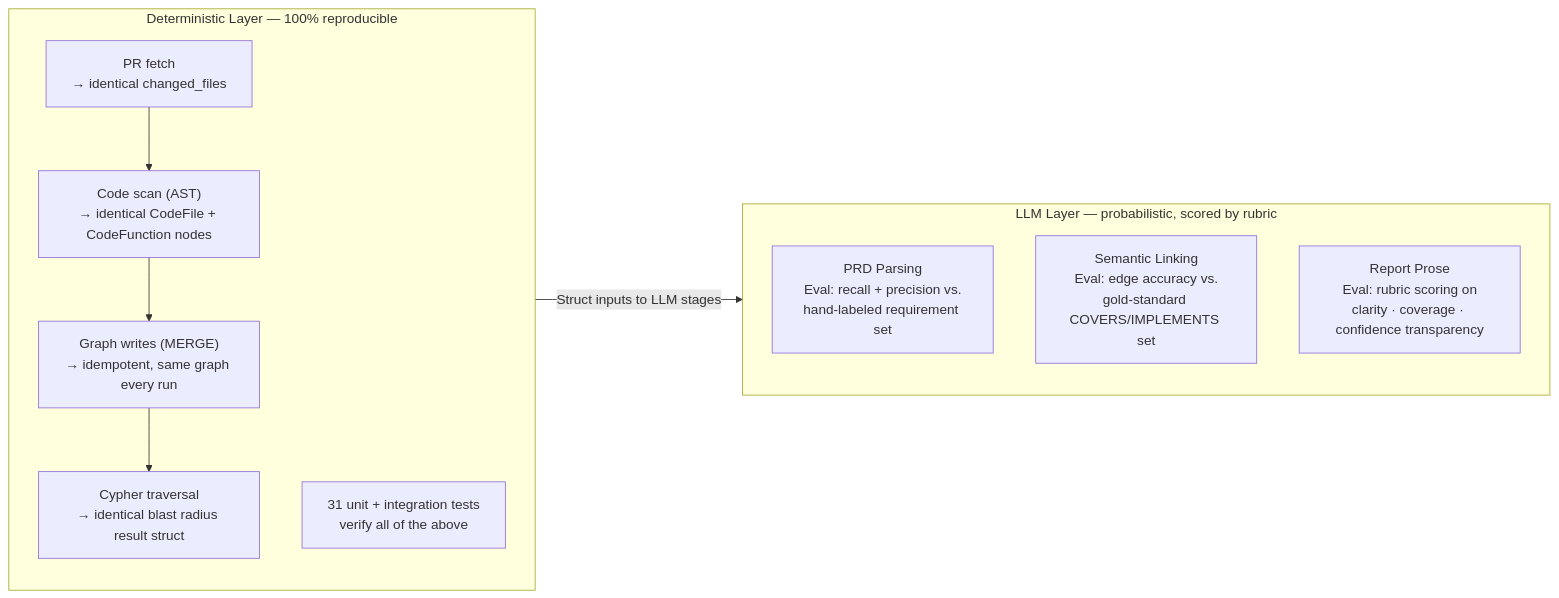
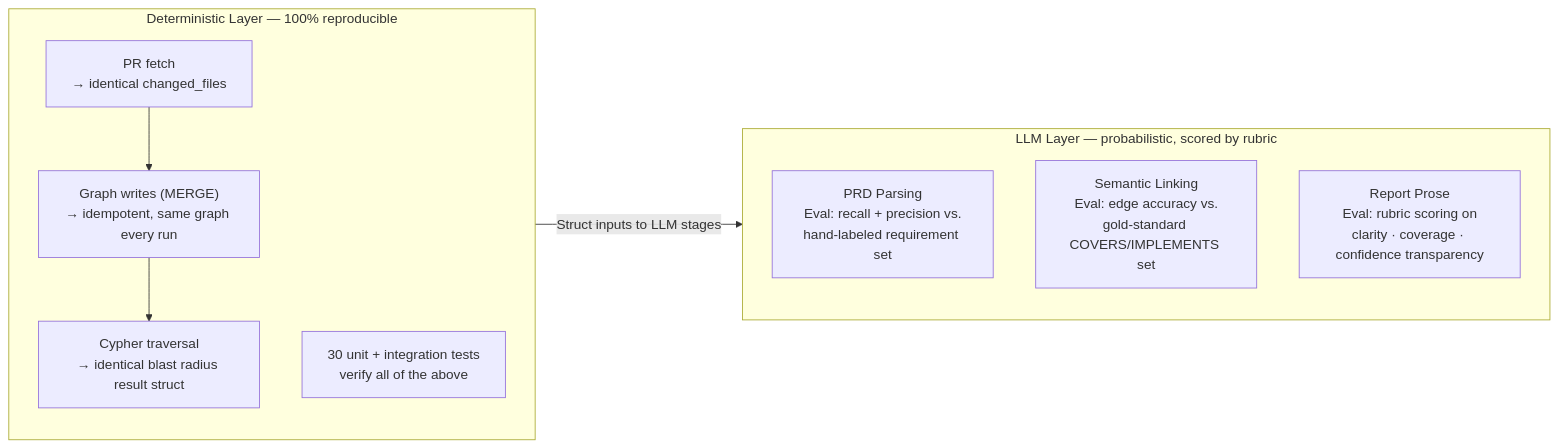
One commit to snowsanta/testsigma changed the sixth of 10 diagrams in design_doc.md. Above: the diagram before and after it, drawn with Mermaid. The commit also changed other lines of this file and 12 other files, not shown here.

````diff
--- a/design_doc.md
+++ b/design_doc.md
@@ -345,19 +322,18 @@
 ```mermaid
 flowchart LR
     subgraph DETERMINISTIC["Deterministic Layer — 100% reproducible"]
         D1["PR fetch\n→ identical changed_files"]
-        D2["Code scan (AST)\n→ identical CodeFile + CodeFunction nodes"]
-        D3["Graph writes (MERGE)\n→ idempotent, same graph every run"]
-        D4["Cypher traversal\n→ identical blast radius result struct"]
-        D5["31 unit + integration tests\nverify all of the above"]
-        D1 --> D2 --> D3 --> D4
+        D2["Graph writes (MERGE)\n→ idempotent, same graph every run"]
+        D3["Cypher traversal\n→ identical blast radius result struct"]
+        D4["30 unit + integration tests\nverify all of the above"]
+        D1 --> D2 --> D3
     end
 
     subgraph LLM_LAYER["LLM Layer — probabilistic, scored by rubric"]
         L1["PRD Parsing\nEval: recall + precision vs.\nhand-labeled requirement set"]
         L2["Semantic Linking\nEval: edge accuracy vs.\ngold-standard COVERS/IMPLEMENTS set"]
         L3["Report Prose\nEval: rubric scoring on\nclarity · coverage · confidence transparency"]
     end
 
     DETERMINISTIC -->|"Struct inputs to LLM stages"| LLM_LAYER
 ```
````
